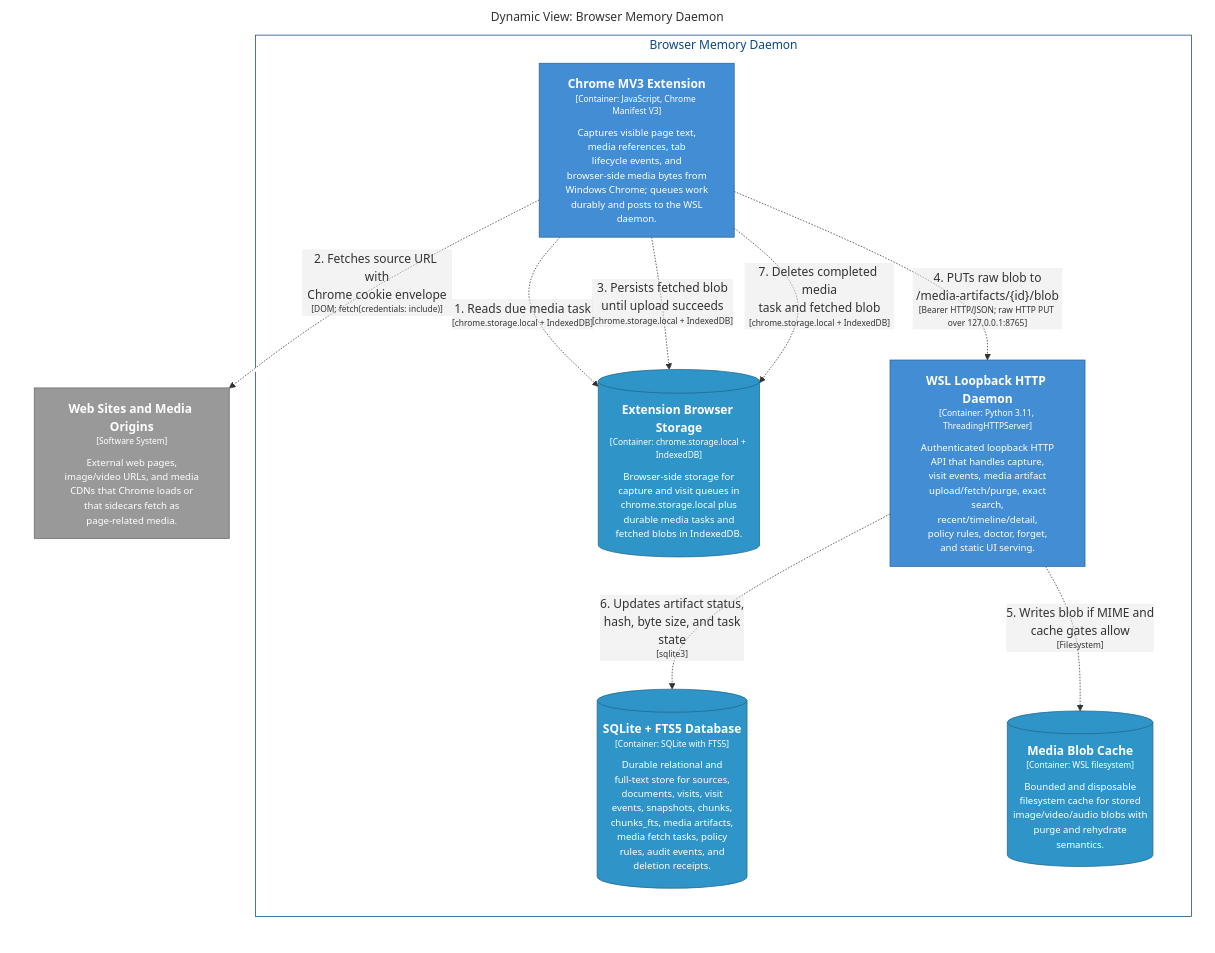
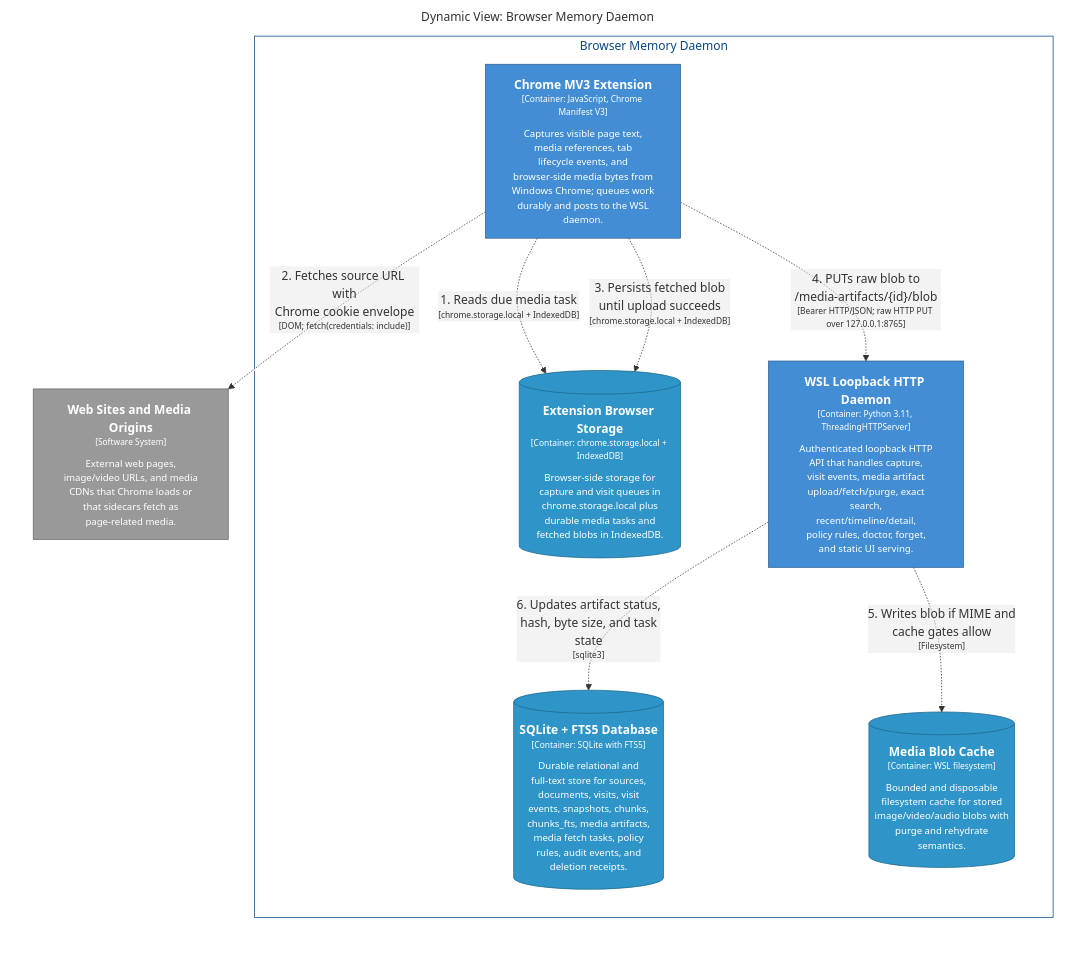
Before and after one commit to michaelnicks0/browser-memory-daemon: the diagram in architecture/diagrams/structurizr-CredentialedMediaSidecarFlow.mmd, drawn with Mermaid. The commit also changed 83 other files, not shown here.

Commit message:
docs: clean C4 diagram renders

```diff
--- a/architecture/diagrams/structurizr-CredentialedMediaSidecarFlow.mmd
+++ b/architecture/diagrams/structurizr-CredentialedMediaSidecarFlow.mmd
@@ -1,33 +1,32 @@
 graph LR
   linkStyle default fill:#ffffff
 
   subgraph diagram ["Dynamic View: Browser Memory Daemon"]
     style diagram fill:#ffffff,stroke:#ffffff
 
     subgraph 4 ["Browser Memory Daemon"]
       style 4 fill:#ffffff,stroke:#0b4884,color:#0b4884
 
       13[("<div style='font-weight: bold'>Extension Browser Storage</div><div style='font-size: 70%; margin-top: 0px'>[Container: chrome.storage.local + IndexedDB]</div><div style='font-size: 80%; margin-top:10px'>Browser-side storage for<br />capture and visit queues in<br />chrome.storage.local plus<br />durable media tasks and<br />fetched blobs in IndexedDB.</div>")]
       style 13 fill:#2f95c8,stroke:#20688c,color:#ffffff
       14["<div style='font-weight: bold'>WSL Loopback HTTP Daemon</div><div style='font-size: 70%; margin-top: 0px'>[Container: Python 3.11, ThreadingHTTPServer]</div><div style='font-size: 80%; margin-top:10px'>Authenticated loopback HTTP<br />API that handles capture,<br />visit events, media artifact<br />upload/fetch/purge, exact<br />search,<br />recent/timeline/detail,<br />policy rules, doctor, forget,<br />and static UI serving.</div>"]
       style 14 fill:#438dd5,stroke:#2e6295,color:#ffffff
       27[("<div style='font-weight: bold'>SQLite + FTS5 Database</div><div style='font-size: 70%; margin-top: 0px'>[Container: SQLite with FTS5]</div><div style='font-size: 80%; margin-top:10px'>Durable relational and<br />full-text store for sources,<br />documents, visits, visit<br />events, snapshots, chunks,<br />chunks_fts, media artifacts,<br />media fetch tasks, policy<br />rules, audit events, and<br />deletion receipts.</div>")]
       style 27 fill:#2f95c8,stroke:#20688c,color:#ffffff
       29[("<div style='font-weight: bold'>Media Blob Cache</div><div style='font-size: 70%; margin-top: 0px'>[Container: WSL filesystem]</div><div style='font-size: 80%; margin-top:10px'>Bounded and disposable<br />filesystem cache for stored<br />image/video/audio blobs with<br />purge and rehydrate<br />semantics.</div>")]
       style 29 fill:#2f95c8,stroke:#20688c,color:#ffffff
       5["<div style='font-weight: bold'>Chrome MV3 Extension</div><div style='font-size: 70%; margin-top: 0px'>[Container: JavaScript, Chrome Manifest V3]</div><div style='font-size: 80%; margin-top:10px'>Captures visible page text,<br />media references, tab<br />lifecycle events, and<br />browser-side media bytes from<br />Windows Chrome; queues work<br />durably and posts to the WSL<br />daemon.</div>"]
       style 5 fill:#438dd5,stroke:#2e6295,color:#ffffff
     end
 
     3["<div style='font-weight: bold'>Web Sites and Media Origins</div><div style='font-size: 70%; margin-top: 0px'>[Software System]</div><div style='font-size: 80%; margin-top:10px'>External web pages,<br />image/video URLs, and media<br />CDNs that Chrome loads or<br />that sidecars fetch as<br />page-related media.</div>"]
     style 3 fill:#999999,stroke:#6b6b6b,color:#ffffff
 
     5-. "<div>1. Reads due media task</div><div style='font-size: 70%'>[chrome.storage.local + IndexedDB]</div>" .->13
     5-. "<div>2. Fetches source URL with<br />Chrome cookie envelope</div><div style='font-size: 70%'>[DOM; fetch(credentials: include)]</div>" .->3
     5-. "<div>3. Persists fetched blob<br />until upload succeeds</div><div style='font-size: 70%'>[chrome.storage.local + IndexedDB]</div>" .->13
     5-. "<div>4. PUTs raw blob to<br />/media-artifacts/{id}/blob</div><div style='font-size: 70%'>[Bearer HTTP/JSON; raw HTTP PUT over 127.0.0.1:8765]</div>" .->14
     14-. "<div>5. Writes blob if MIME and<br />cache gates allow</div><div style='font-size: 70%'>[Filesystem]</div>" .->29
     14-. "<div>6. Updates artifact status,<br />hash, byte size, and task<br />state</div><div style='font-size: 70%'>[sqlite3]</div>" .->27
-    5-. "<div>7. Deletes completed media<br />task and fetched blob</div><div style='font-size: 70%'>[chrome.storage.local + IndexedDB]</div>" .->13
 
   end
```
